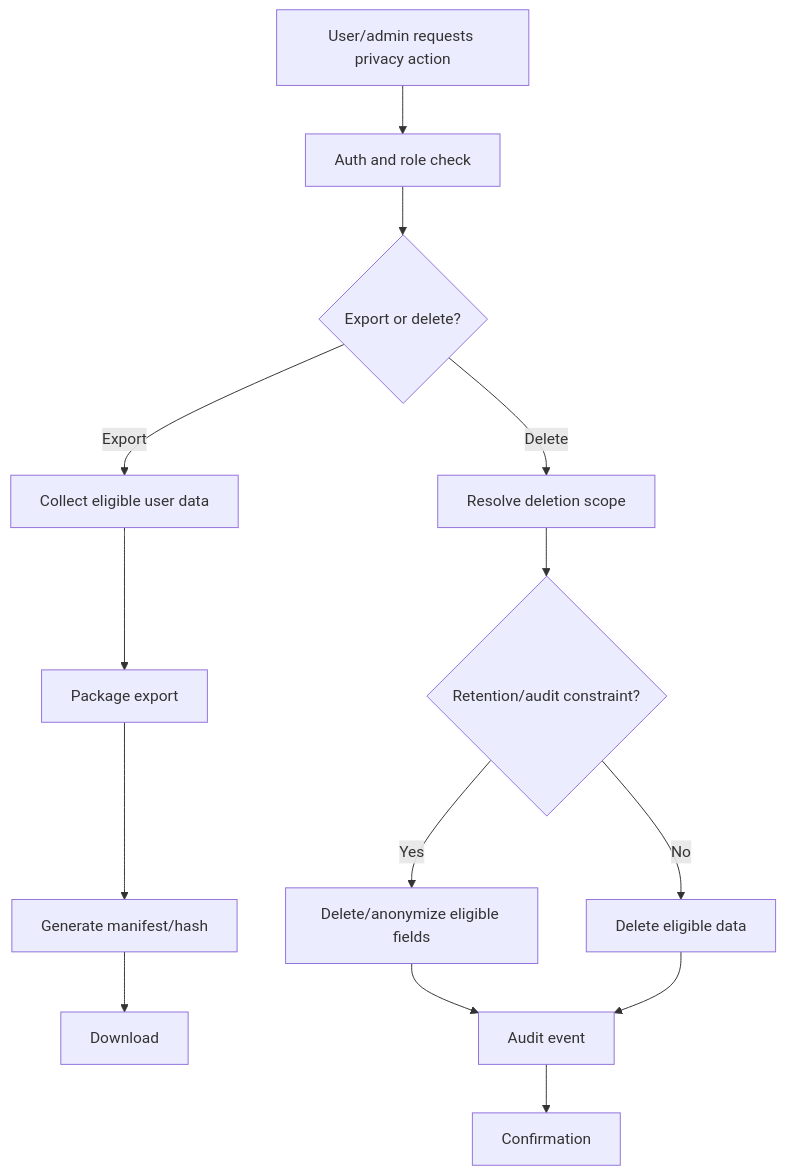
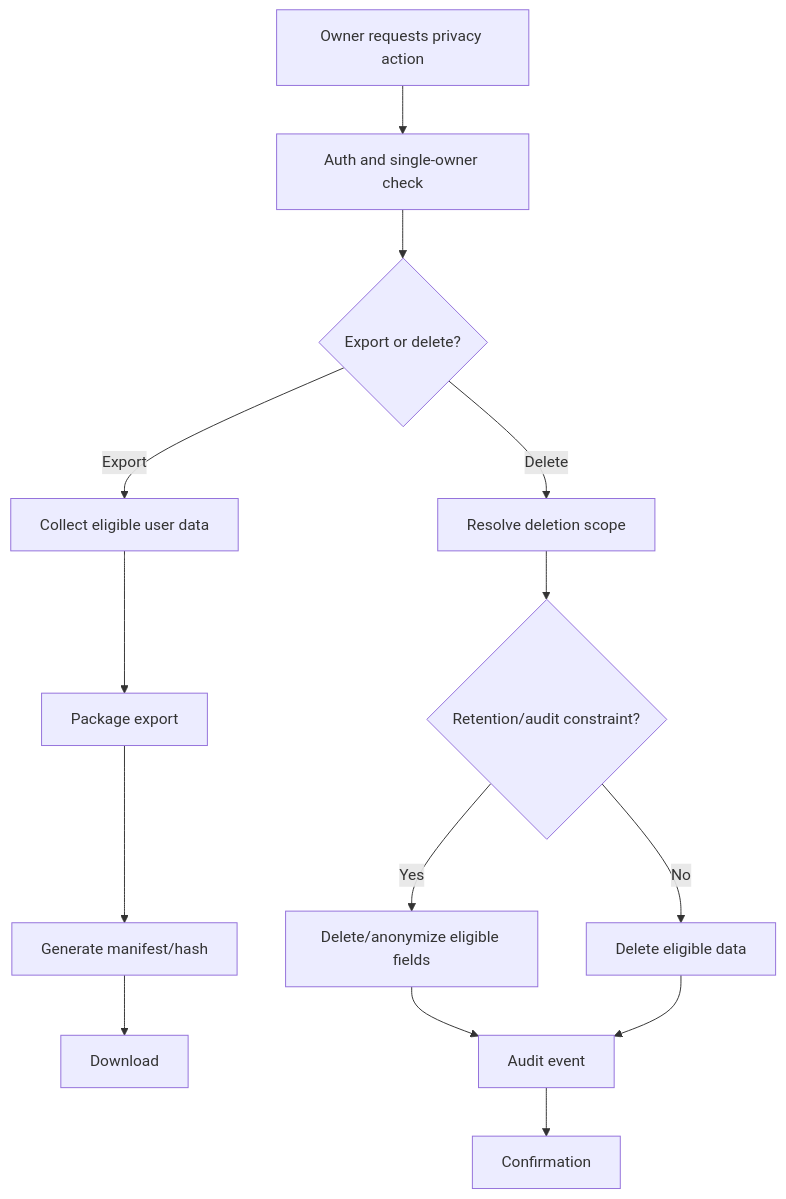
The sixth of 10 diagrams in docs/PROCESS_MAP.md (kherrera6219/DataLogicEngine), drawn with Mermaid before and after one commit.

Commit message:
docs: content review — PROCESS_MAP privacy flow role-check -> single-owner
PM-06 privacy export/delete flow showed 'Auth and role check' (RBAC removed);
-> 'Auth and single-owner check'. Verified AI_MANAGEMENT/DECISION_LOGIC/WORKFLOW/
LOCAL_MODEL_ACCELERATION content current.

````diff
--- a/docs/PROCESS_MAP.md
+++ b/docs/PROCESS_MAP.md
@@ -141,16 +141,16 @@
 ```mermaid
 flowchart TD
-    USER[User/admin requests privacy action] --> AUTH[Auth and role check]
+    USER[Owner requests privacy action] --> AUTH[Auth and single-owner check]
     AUTH --> ACTION{Export or delete?}
     ACTION -- Export --> COLLECT[Collect eligible user data]
     COLLECT --> PACKAGE[Package export]
     PACKAGE --> MANIFEST[Generate manifest/hash]
     MANIFEST --> DOWNLOAD[Download]
     ACTION -- Delete --> SCOPE[Resolve deletion scope]
     SCOPE --> RETENTION{Retention/audit constraint?}
     RETENTION -- Yes --> PARTIAL[Delete/anonymize eligible fields]
     RETENTION -- No --> DELETE[Delete eligible data]
     PARTIAL --> AUDIT[Audit event]
     DELETE --> AUDIT
     AUDIT --> CONFIRM[Confirmation]
 ```
````
